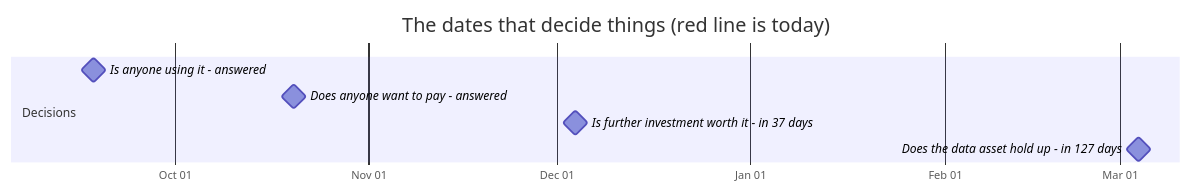
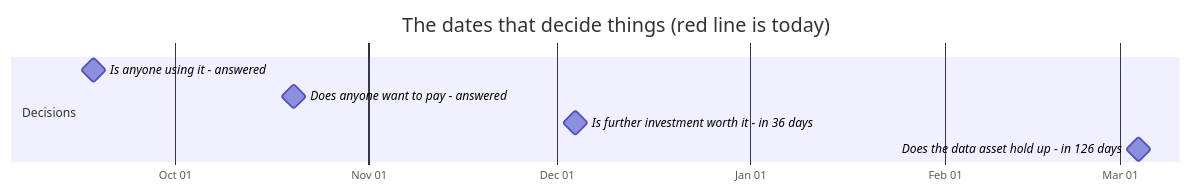
One commit to jakegu1/vetagent changed the first of 2 diagrams in docs/OWNER.md. Above: the diagram before and after it, drawn with Mermaid. The commit also changed other lines of this file and 1 other file, not shown here.

````diff
--- a/docs/OWNER.md
+++ b/docs/OWNER.md
@@ -67,12 +67,12 @@
 ```mermaid
 gantt
     dateFormat YYYY-MM-DD
     axisFormat %b %d
     todayMarker stroke-width:3px,stroke:#d33,stroke-dasharray:0
     title The dates that decide things (red line is today)
     section Decisions
     Is anyone using it - answered :milestone, 2026-09-18, 0d
     Does anyone want to pay - answered :milestone, 2026-10-20, 0d
-    Is further investment worth it - in 37 days :milestone, 2026-12-04, 0d
-    Does the data asset hold up - in 127 days :milestone, 2027-03-04, 0d
+    Is further investment worth it - in 36 days :milestone, 2026-12-04, 0d
+    Does the data asset hold up - in 126 days :milestone, 2027-03-04, 0d
 ```
````
